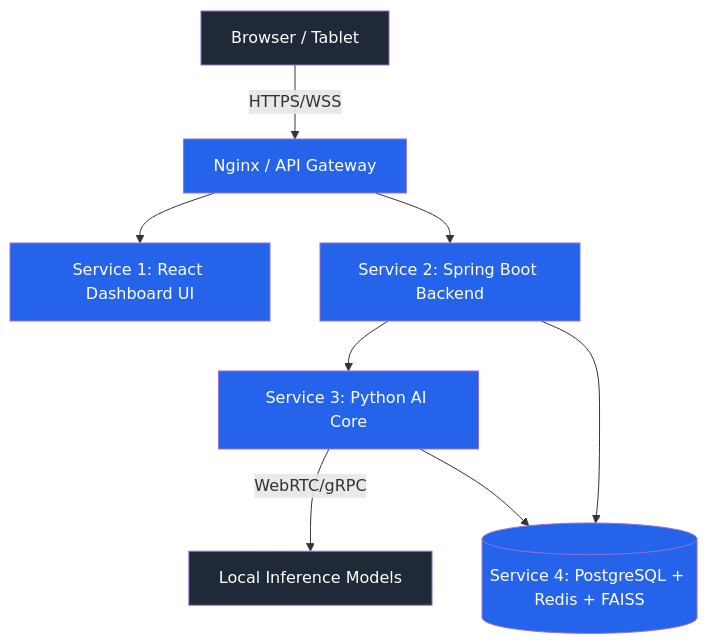
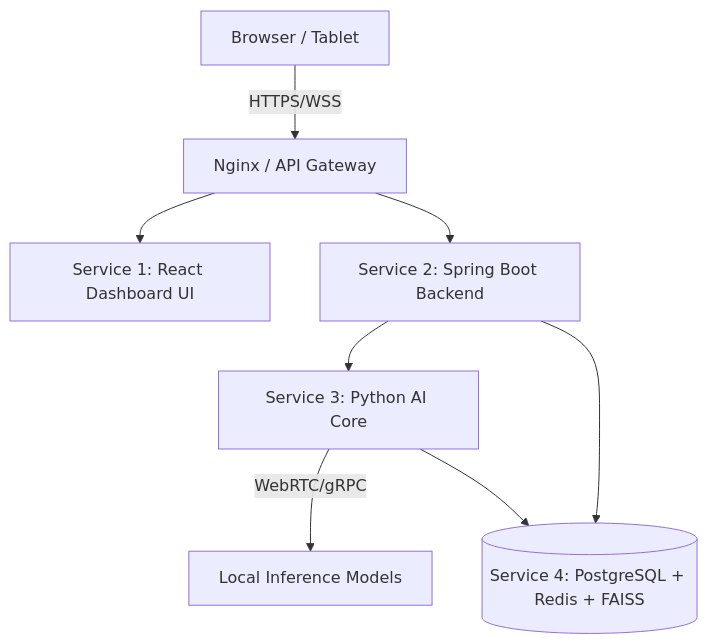
Before and after one commit to deepanmpc/LaRa: the ninth of 10 diagrams in ARCHITECTURE.md, drawn with Mermaid. The commit also changed other lines of this file, not shown here.

Commit message:
refactor: simplify Mermaid diagrams by removing styling classes and cleaning up node labels

````diff
--- a/ARCHITECTURE.md
+++ b/ARCHITECTURE.md
@@ -183,16 +165,13 @@
 ```mermaid
 graph TD
-    classDef ext fill:#1f2937,color:#fff;
-    classDef svc fill:#2563eb,color:#fff;
+    Client[Browser / Tablet] --> |HTTPS/WSS| Proxy[Nginx / API Gateway]
     
-    Client[Browser / Tablet]:::ext --> |HTTPS/WSS| Proxy[Nginx / API Gateway]:::svc
+    Proxy --> React[Service 1: React Dashboard UI]
+    Proxy --> Spring[Service 2: Spring Boot Backend]
     
-    Proxy --> React[Service 1: React Dashboard UI]:::svc
-    Proxy --> Spring[Service 2: Spring Boot Backend]:::svc
+    Spring --> Python[Service 3: Python AI Core]
+    Python --> |WebRTC/gRPC| LocalAI[Local Inference Models]
     
-    Spring --> Python[Service 3: Python AI Core]:::svc
-    Python --> |WebRTC/gRPC| LocalAI[Local Inference Models]:::ext
-    
-    Spring --> DB[(Service 4: PostgreSQL + Redis + FAISS)]:::svc
+    Spring --> DB[(Service 4: PostgreSQL + Redis + FAISS)]
     Python --> DB
 ```
````
